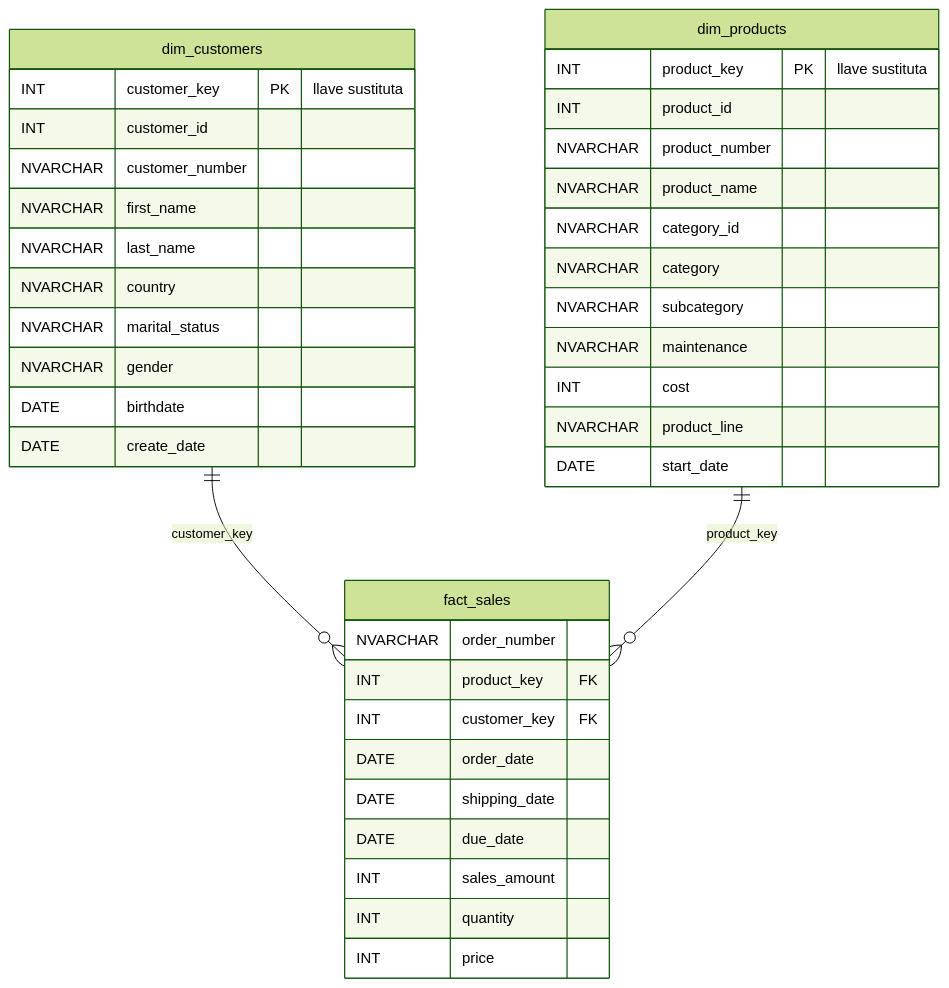
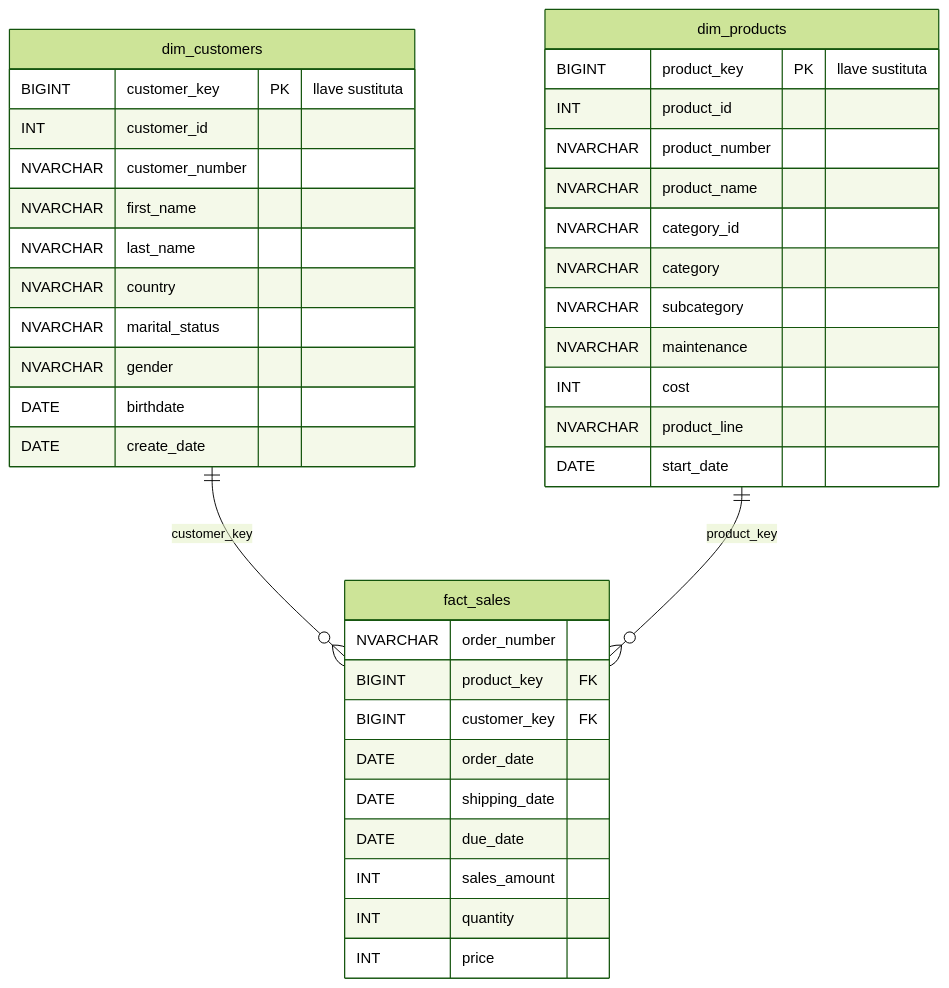
Before and after one commit to botellopai18/data-warehouse-mineria-datos: the diagram in docs/data_model.md, drawn with Mermaid (forest theme). The commit also changed other lines of this file and 32 other files, not shown here.

````diff
--- a/docs/data_model.md
+++ b/docs/data_model.md
@@ -3,42 +3,42 @@
 ```mermaid
 erDiagram
     dim_customers ||--o{ fact_sales : "customer_key"
     dim_products  ||--o{ fact_sales : "product_key"
 
     dim_customers {
-        INT customer_key PK "llave sustituta"
+        BIGINT customer_key PK "llave sustituta"
         INT customer_id
         NVARCHAR customer_number
         NVARCHAR first_name
         NVARCHAR last_name
         NVARCHAR country
         NVARCHAR marital_status
         NVARCHAR gender
         DATE birthdate
         DATE create_date
     }
     dim_products {
-        INT product_key PK "llave sustituta"
+        BIGINT product_key PK "llave sustituta"
         INT product_id
         NVARCHAR product_number
         NVARCHAR product_name
         NVARCHAR category_id
         NVARCHAR category
         NVARCHAR subcategory
         NVARCHAR maintenance
         INT cost
         NVARCHAR product_line
         DATE start_date
     }
     fact_sales {
         NVARCHAR order_number
-        INT product_key FK
-        INT customer_key FK
+        BIGINT product_key FK
+        BIGINT customer_key FK
         DATE order_date
         DATE shipping_date
         DATE due_date
         INT sales_amount
         INT quantity
         INT price
     }
 ```
````
